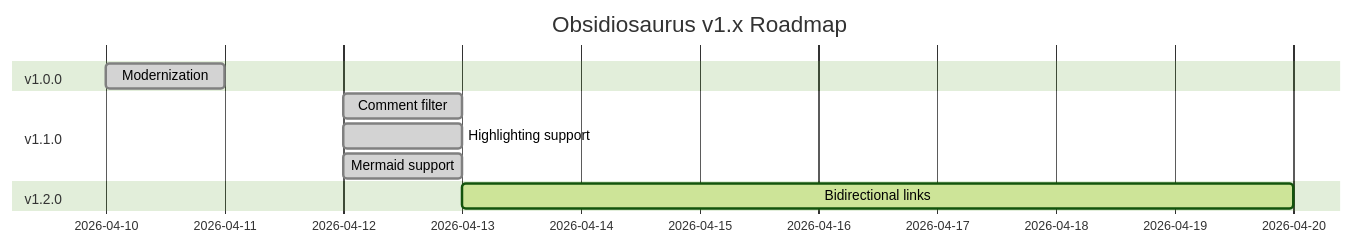
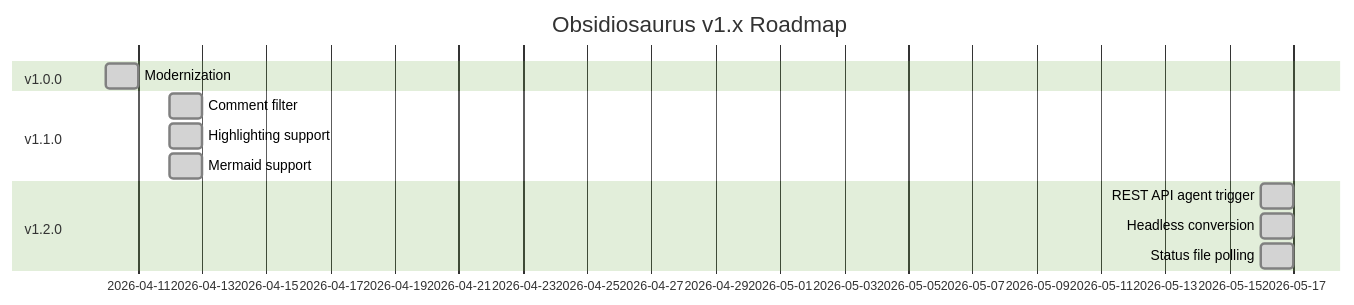
The fourth of 5 diagrams in Obsidiosaurus/docs/main/2. Features+/2. Formatting Showcase+/formatting_showcase__en.md (KenBlasse/obsidiosaurus-docs), drawn with Mermaid (forest theme) before and after one commit. The commit also changed other lines of this file and 89 other files, not shown here.

````diff
--- a/Obsidiosaurus/docs/main/2. Features+/2. Formatting Showcase+/formatting_showcase__en.md
+++ b/Obsidiosaurus/docs/main/2. Features+/2. Formatting Showcase+/formatting_showcase__en.md
@@ -197,13 +197,15 @@
 ```mermaid
 gantt
     title Obsidiosaurus v1.x Roadmap
     dateFormat  YYYY-MM-DD
     section v1.0.0
     Modernization           :done, 2026-04-10, 2026-04-11
     section v1.1.0
     Comment filter          :done, 2026-04-12, 1d
     Highlighting support    :done, 2026-04-12, 1d
     Mermaid support         :done, 2026-04-12, 1d
     section v1.2.0
-    Bidirectional links     :active, 2026-04-13, 7d
+    REST API agent trigger  :done, 2026-05-16, 1d
+    Headless conversion     :done, 2026-05-16, 1d
+    Status file polling     :done, 2026-05-16, 1d
 ```
````
